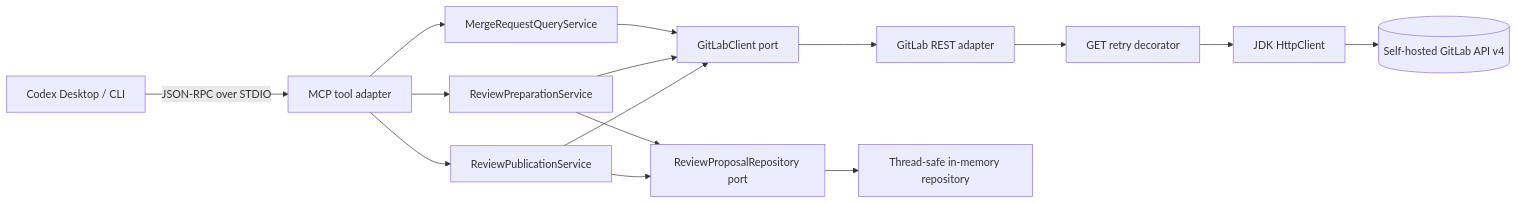
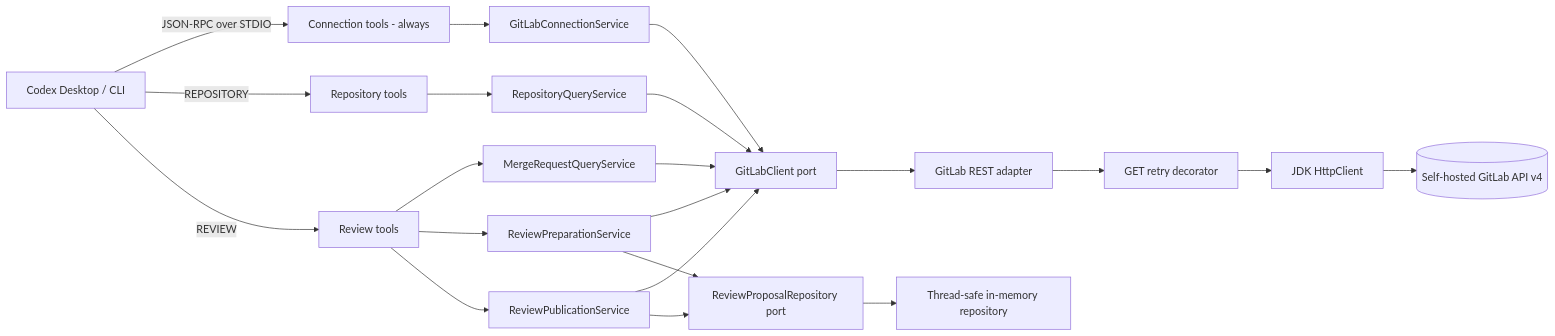
Before and after one commit to MichelineBogdanov/gitlab-review-mcp: the first of 2 diagrams in docs/architecture.md, drawn with Mermaid. The commit also changed other lines of this file and 28 other files, not shown here.

````diff
--- a/docs/architecture.md
+++ b/docs/architecture.md
@@ -5,20 +5,27 @@
 ```mermaid
 flowchart LR
-    Codex[Codex Desktop / CLI] -->|JSON-RPC over STDIO| Mcp[MCP tool adapter]
-    Mcp --> Query[MergeRequestQueryService]
-    Mcp --> Prepare[ReviewPreparationService]
-    Mcp --> Publish[ReviewPublicationService]
+    Codex[Codex Desktop / CLI] -->|JSON-RPC over STDIO| Connection[Connection tools - always]
+    Codex -->|REPOSITORY| RepositoryAdapter[Repository tools]
+    Codex -->|REVIEW| ReviewAdapter[Review tools]
 
-    Query --> GitLabPort[GitLabClient port]
+    RepositoryAdapter --> Repository[RepositoryQueryService]
+    ReviewAdapter --> Query[MergeRequestQueryService]
+    ReviewAdapter --> Prepare[ReviewPreparationService]
+    ReviewAdapter --> Publish[ReviewPublicationService]
+    Connection --> ConnectionService[GitLabConnectionService]
+
+    Repository --> GitLabPort[GitLabClient port]
+    Query --> GitLabPort
     Prepare --> GitLabPort
     Publish --> GitLabPort
+    ConnectionService --> GitLabPort
     Prepare --> ProposalPort[ReviewProposalRepository port]
     Publish --> ProposalPort
 
     GitLabPort --> Rest[GitLab REST adapter]
     Rest --> Retry[GET retry decorator]
     Retry --> Http[JDK HttpClient]
     Http --> GitLab[(Self-hosted GitLab API v4)]
 
     ProposalPort --> Memory[Thread-safe in-memory repository]
 ```
````
